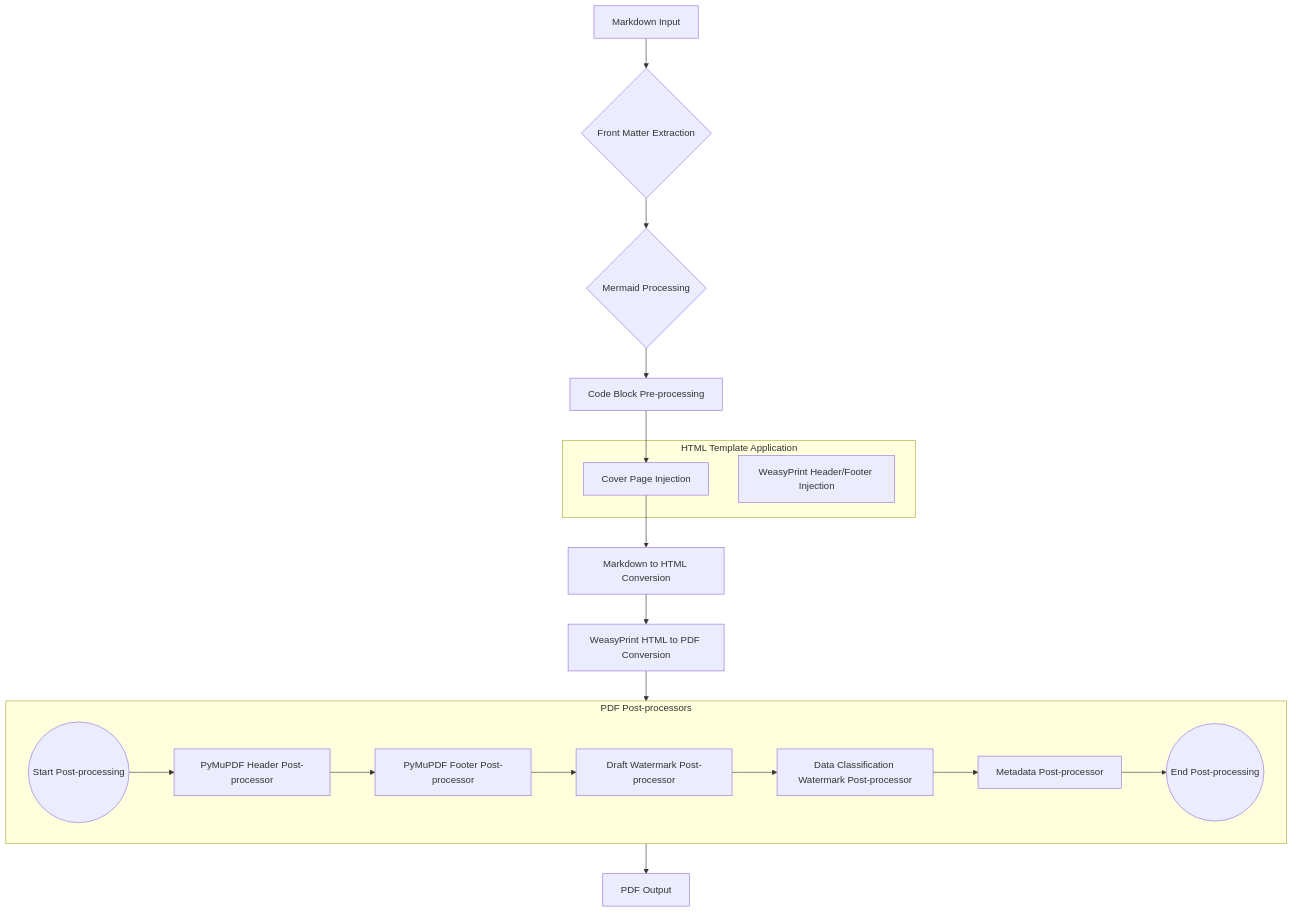
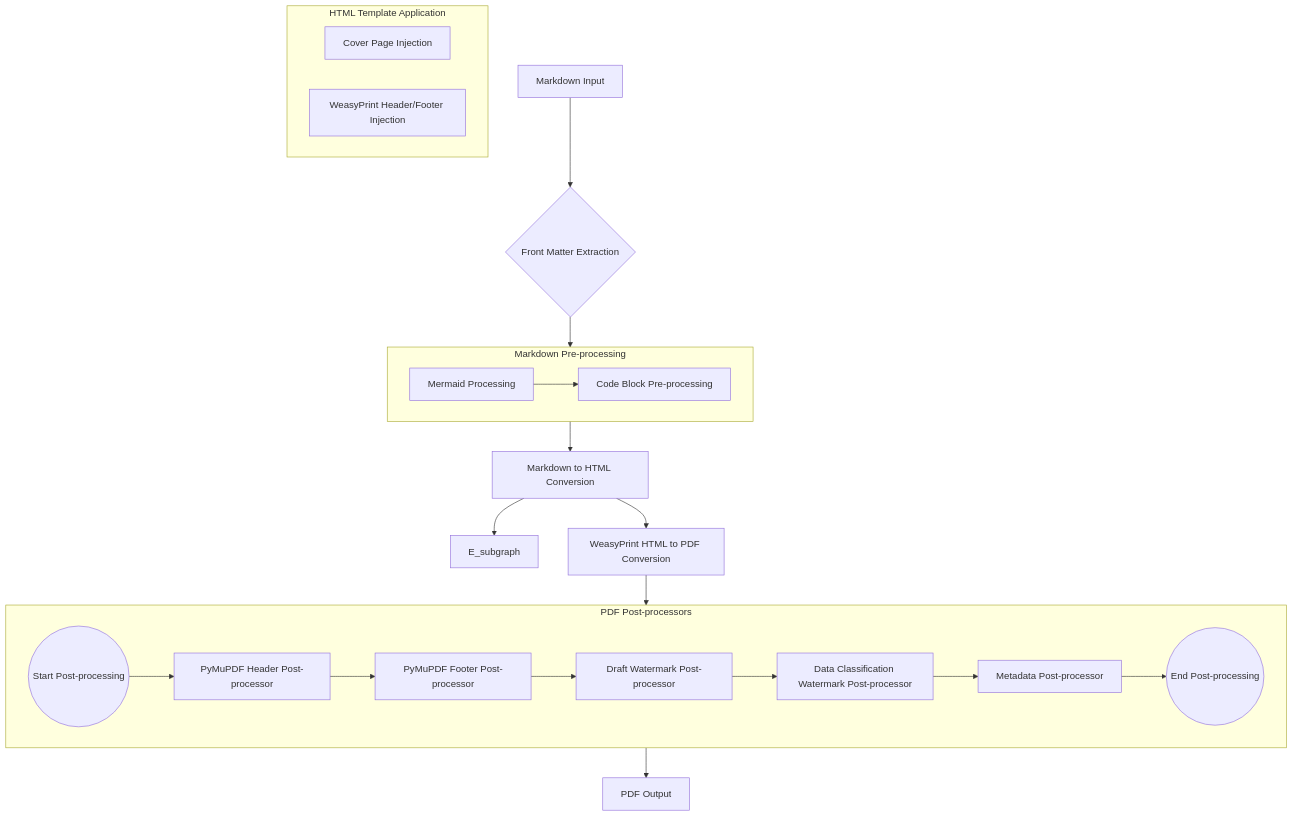
Before and after one commit to neoalienson/md_export_pdf: the diagram in README.md, drawn with Mermaid. The commit also changed 9 other files, not shown here.

````diff
--- a/README.md
+++ b/README.md
@@ -53,28 +53,33 @@
 ```mermaid
 graph TD
     A[Markdown Input] --> B{Front Matter Extraction};
-    B --> C{Mermaid Processing};
-    C --> C1[Code Block Pre-processing];
-    C1 -->E1
-    E1 --> D[Markdown to HTML Conversion];
+    B --> MD_PRE_SUBGRAPH;
+
+    subgraph MD_PRE_SUBGRAPH [Markdown Pre-processing]
+        direction LR
+        MD1[Mermaid Processing] --> MD2[Code Block Pre-processing];
+    end
+
+    MD_PRE_SUBGRAPH --> D[Markdown to HTML Conversion];
+    D --> E_subgraph;
     D --> F[WeasyPrint HTML to PDF Conversion];
 
     subgraph PDF Post-processors
         direction LR
         G_start((Start Post-processing)) --> G1[PyMuPDF Header Post-processor];
         G1 --> G2[PyMuPDF Footer Post-processor];
         G2 --> G3[Draft Watermark Post-processor];
         G3 --> G4[Data Classification Watermark Post-processor];
         G4 --> G5[Metadata Post-processor];
         G5 --> G_end((End Post-processing));
     end
 
     F --> G_start;
     G_end --> H[PDF Output];
 
     subgraph HTML Template Application
         E1[Cover Page Injection]
         E2[WeasyPrint Header/Footer Injection]
     end
 
 ```
````
